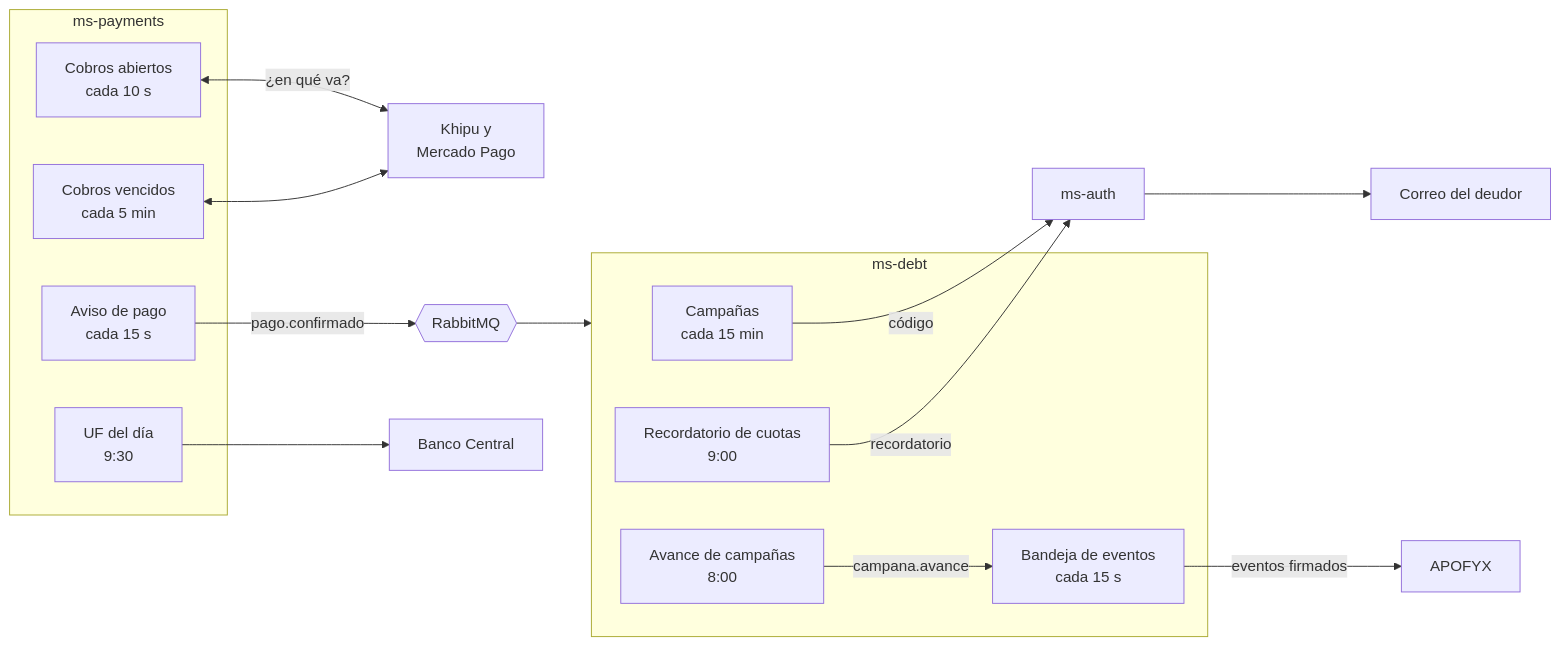
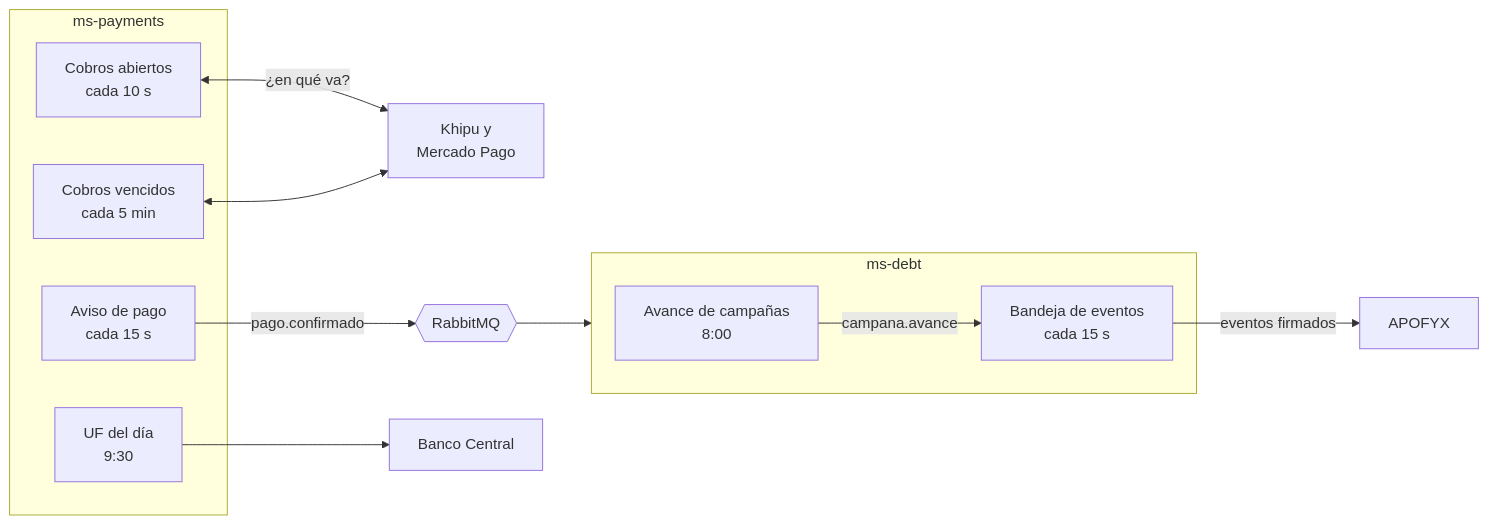
Before and after one commit to TechnicalBridge/DataBridge: the fourth of 4 diagrams in docs/diagramas/procesos.md, drawn with Mermaid. The commit also changed other lines of this file and 63 other files, not shown here.

````diff
--- a/docs/diagramas/procesos.md
+++ b/docs/diagramas/procesos.md
@@ -153,25 +150,20 @@
 ```mermaid
 flowchart LR
     subgraph DEBT["ms-debt"]
-        C1["Campañas<br/>cada 15 min"]
-        C2["Recordatorio de cuotas<br/>9:00"]
         C3["Avance de campañas<br/>8:00"]
         C4["Bandeja de eventos<br/>cada 15 s"]
     end
     subgraph PAY["ms-payments"]
         P1["Cobros abiertos<br/>cada 10 s"]
         P2["Cobros vencidos<br/>cada 5 min"]
         P3["Aviso de pago<br/>cada 15 s"]
         P4["UF del día<br/>9:30"]
     end
-    AUTH["ms-auth"] --> MAIL["Correo del deudor"]
-    C1 -->|"código"| AUTH
-    C2 -->|"recordatorio"| AUTH
     C3 -->|"campana.avance"| C4
     C4 -->|"eventos firmados"| APX["APOFYX"]
     P1 <-->|"¿en qué va?"| GW["Khipu y<br/>Mercado Pago"]
     P2 <--> GW
     P3 -->|"pago.confirmado"| MQ{{"RabbitMQ"}}
     MQ --> DEBT
     P4 --> BC["Banco Central"]
 ```
````
